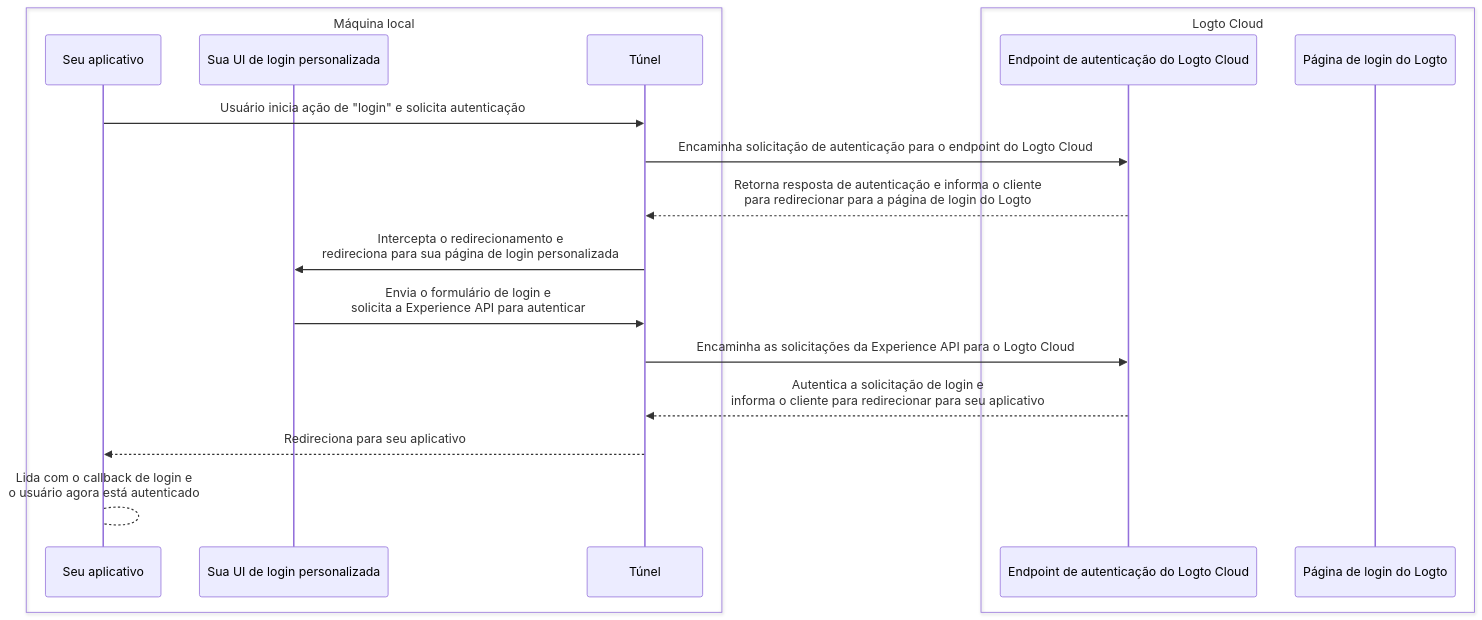
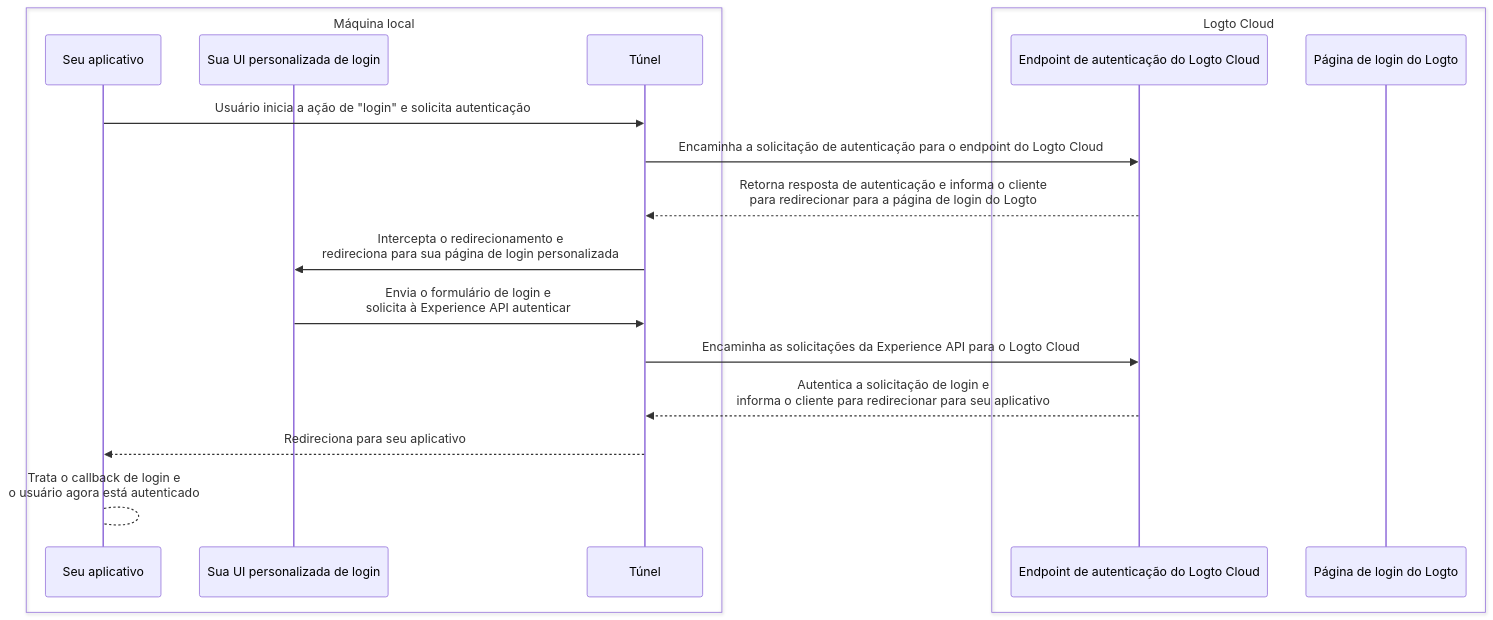
One commit to logto-io/docs changed the second of 2 diagrams in i18n/pt-BR/docusaurus-plugin-content-docs/current/customization/bring-your-ui/debug-and-test-your-custom-ui-locally.mdx. Above: the diagram before and after it, drawn with Mermaid. The commit also changed other lines of this file and 666 other files, not shown here.

````diff
--- a/i18n/pt-BR/docusaurus-plugin-content-docs/current/customization/bring-your-ui/debug-and-test-your-custom-ui-locally.mdx
+++ b/i18n/pt-BR/docusaurus-plugin-content-docs/current/customization/bring-your-ui/debug-and-test-your-custom-ui-locally.mdx
@@ -45,21 +45,21 @@
 ```mermaid
 sequenceDiagram
     box Máquina local
     participant A as Seu aplicativo
-    participant B as Sua UI de login personalizada
+    participant B as Sua UI personalizada de login
     participant C as Túnel
     end
     box Logto Cloud
     participant D as Endpoint de autenticação do Logto Cloud
     participant E as Página de login do Logto
     end
-    A ->> C: Usuário inicia ação de "login" e solicita autenticação
-    C ->> D: Encaminha solicitação de autenticação para o endpoint do Logto Cloud
+    A ->> C: Usuário inicia a ação de "login" e solicita autenticação
+    C ->> D: Encaminha a solicitação de autenticação para o endpoint do Logto Cloud
     D -->> C: Retorna resposta de autenticação e informa o cliente<br/>para redirecionar para a página de login do Logto
     C ->> B: Intercepta o redirecionamento e<br/>redireciona para sua página de login personalizada
-    B ->> C: Envia o formulário de login e<br/>solicita a Experience API para autenticar
+    B ->> C: Envia o formulário de login e<br/>solicita à Experience API autenticar
     C ->> D: Encaminha as solicitações da Experience API para o Logto Cloud
     D -->> C: Autentica a solicitação de login e<br/>informa o cliente para redirecionar para seu aplicativo
     C -->> A: Redireciona para seu aplicativo
-    A --> A: Lida com o callback de login e<br/>o usuário agora está autenticado
+    A --> A: Trata o callback de login e<br/>o usuário agora está autenticado
 ```
````
